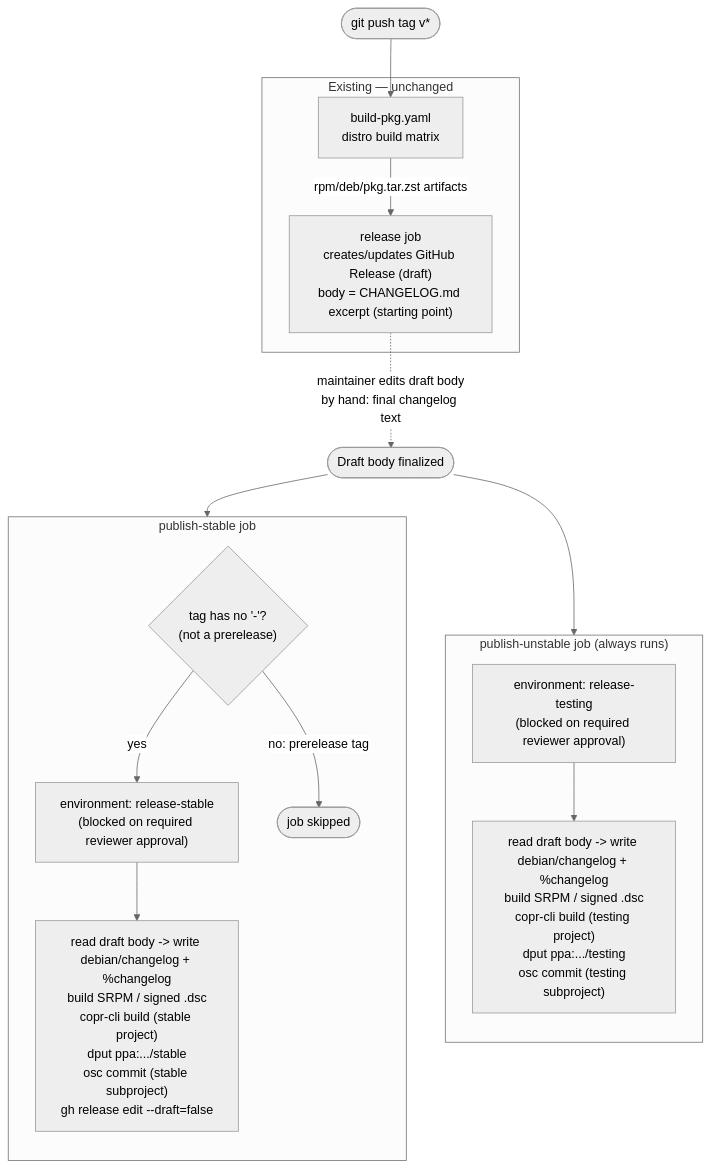
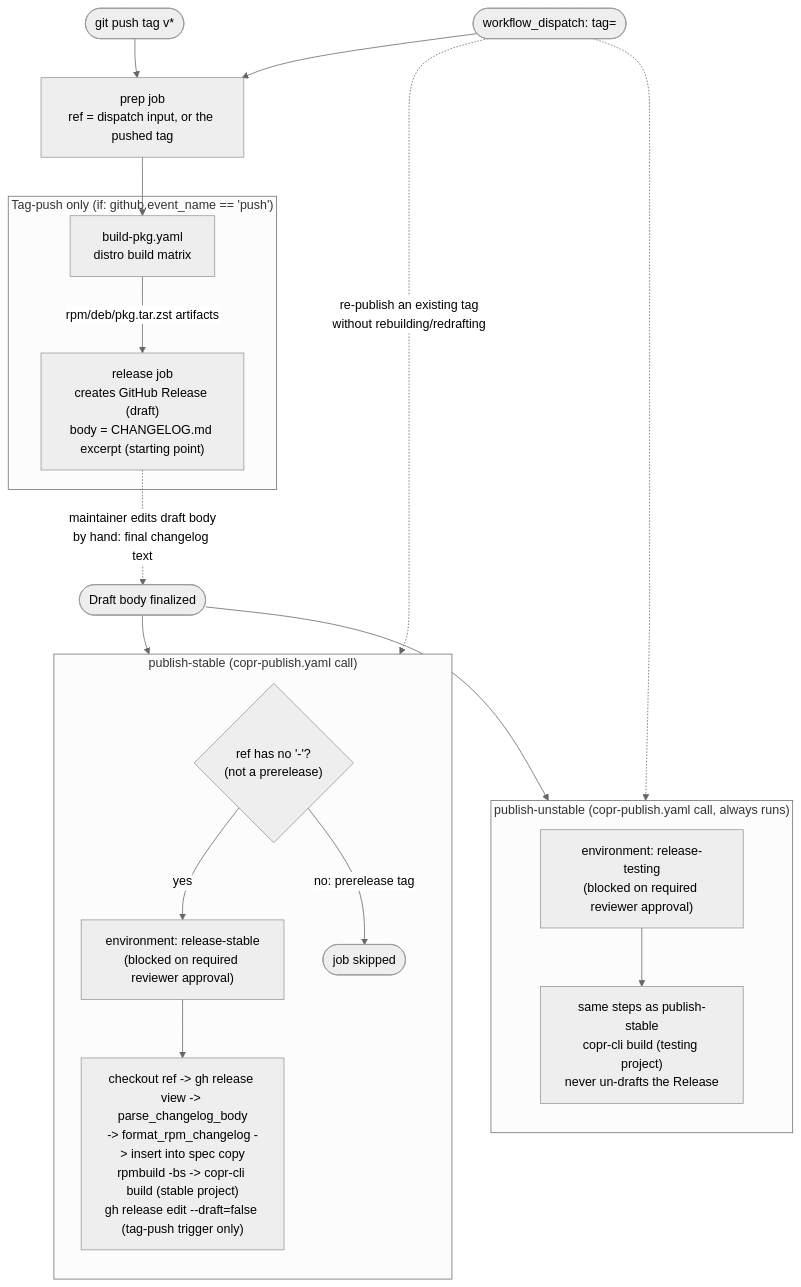
One commit to elegos/Linux-Arctis-Manager changed the diagram in docs/release-pipeline.md. Above: the diagram before and after it, drawn with Mermaid (neutral theme). The commit also changed other lines of this file, not shown here.

Commit message:
Update release-pipeline.md spec to match the implemented COPR-only publish pipeline

````diff
--- a/docs/release-pipeline.md
+++ b/docs/release-pipeline.md
@@ -136,32 +155,39 @@
 ```mermaid
 flowchart TB
-    Tag(["git push tag v*"]) --> BuildPkg
+    Tag(["git push tag v*"]) --> Prep
+    Dispatch(["workflow_dispatch: tag=<existing tag>"]) --> Prep
 
-    subgraph Existing["Existing — unchanged"]
+    Prep["prep job<br/>ref = dispatch input, or the pushed tag"]
+
+    Prep --> BuildPkg
+
+    subgraph TagPushOnly["Tag-push only (if: github.event_name == 'push')"]
         BuildPkg["build-pkg.yaml<br/>distro build matrix"]
-        Release["release job<br/>creates/updates GitHub Release (draft)<br/>body = CHANGELOG.md excerpt (starting point)"]
+        Release["release job<br/>creates GitHub Release (draft)<br/>body = CHANGELOG.md excerpt (starting point)"]
     end
 
     BuildPkg -->|rpm/deb/pkg.tar.zst artifacts| Release
 
     Release -.->|maintainer edits draft body<br/>by hand: final changelog text| Edited(["Draft body finalized"])
 
     Edited --> Stable
     Edited --> Unstable
+    Dispatch -.->|re-publish an existing tag<br/>without rebuilding/redrafting| Stable
+    Dispatch -.-> Unstable
 
-    subgraph Stable["publish-stable job"]
+    subgraph Stable["publish-stable (copr-publish.yaml call)"]
         direction TB
-        SkipCheck{"tag has no '-'?<br/>(not a prerelease)"}
+        SkipCheck{"ref has no '-'?<br/>(not a prerelease)"}
         GateStable["environment: release-stable<br/>(blocked on required reviewer approval)"]
-        DoStable["read draft body -> write debian/changelog + %changelog<br/>build SRPM / signed .dsc<br/>copr-cli build (stable project)<br/>dput ppa:.../stable<br/>osc commit (stable subproject)<br/>gh release edit --draft=false"]
+        DoStable["checkout ref -> gh release view -> parse_changelog_body<br/>-> format_rpm_changelog -> insert into spec copy<br/>rpmbuild -bs -> copr-cli build (stable project)<br/>gh release edit --draft=false (tag-push trigger only)"]
         SkipCheck -->|yes| GateStable --> DoStable
         SkipCheck -->|no: prerelease tag| Skipped(["job skipped"])
     end
 
-    subgraph Unstable["publish-unstable job (always runs)"]
+    subgraph Unstable["publish-unstable (copr-publish.yaml call, always runs)"]
         direction TB
         GateUnstable["environment: release-testing<br/>(blocked on required reviewer approval)"]
-        DoUnstable["read draft body -> write debian/changelog + %changelog<br/>build SRPM / signed .dsc<br/>copr-cli build (testing project)<br/>dput ppa:.../testing<br/>osc commit (testing subproject)"]
+        DoUnstable["same steps as publish-stable<br/>copr-cli build (testing project)<br/>never un-drafts the Release"]
         GateUnstable --> DoUnstable
     end
 ```
````
